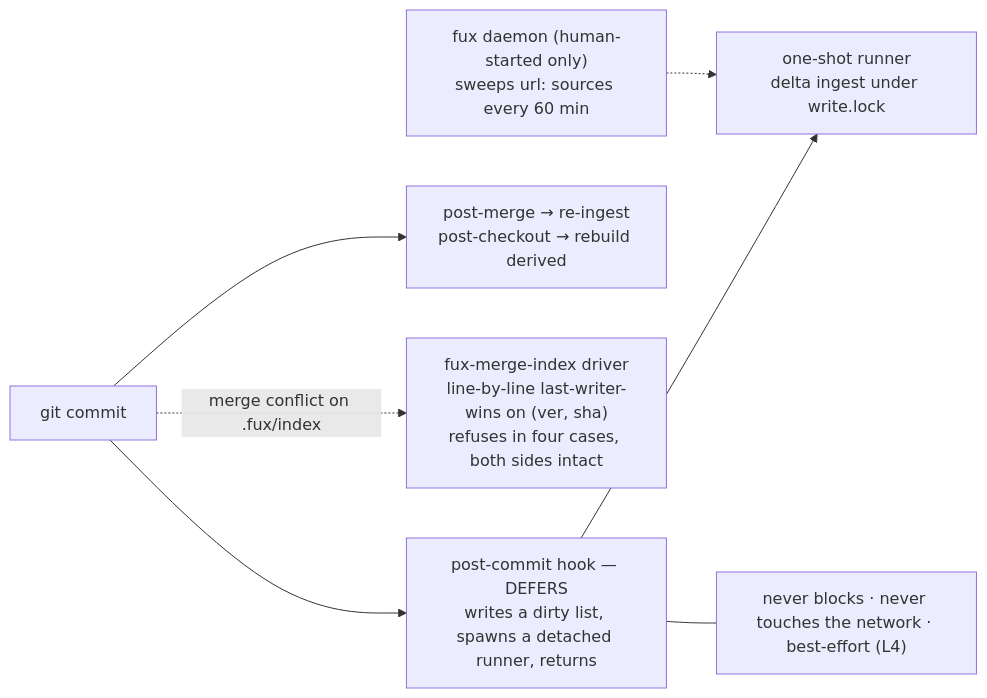
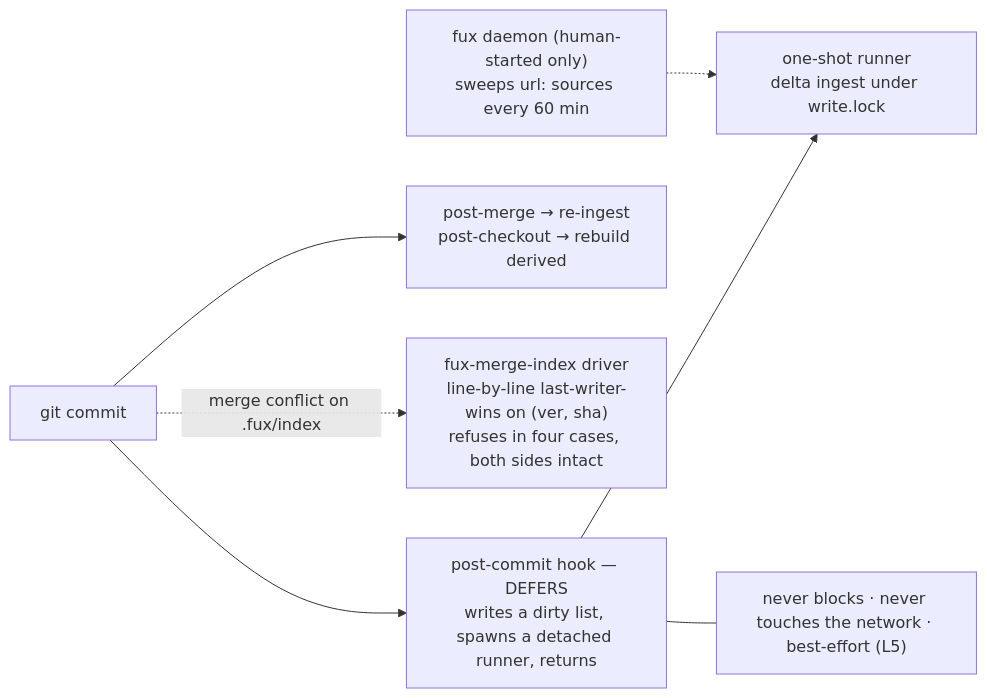
Diagram 13 of 18 in docs/paper/the-fux-index-paper.md (arpitarya/fux), drawn with Mermaid before and after one commit. The commit also changed other lines of this file and 351 other files, not shown here.

````diff
--- a/docs/paper/the-fux-index-paper.md
+++ b/docs/paper/the-fux-index-paper.md
@@ -758,15 +758,15 @@
 ```mermaid
 flowchart LR
   C["git commit"]
   PC["post-commit hook — DEFERS<br/>writes a dirty list, spawns a detached runner, returns"]
   RN["one-shot runner<br/>delta ingest under write.lock"]
   PM["post-merge → re-ingest<br/>post-checkout → rebuild derived"]
   MD["fux-merge-index driver<br/>line-by-line last-writer-wins on (ver, sha)<br/>refuses in four cases, both sides intact"]
   DA["fux daemon (human-started only)<br/>sweeps url: sources every 60 min"]
-  L["never blocks · never touches the network · best-effort (L4)"]
+  L["never blocks · never touches the network · best-effort (L5)"]
   C --> PC --> RN
   C --> PM
   C -. "merge conflict on .fux/index" .-> MD
   DA -.-> RN
   PC --- L
 ```
````
